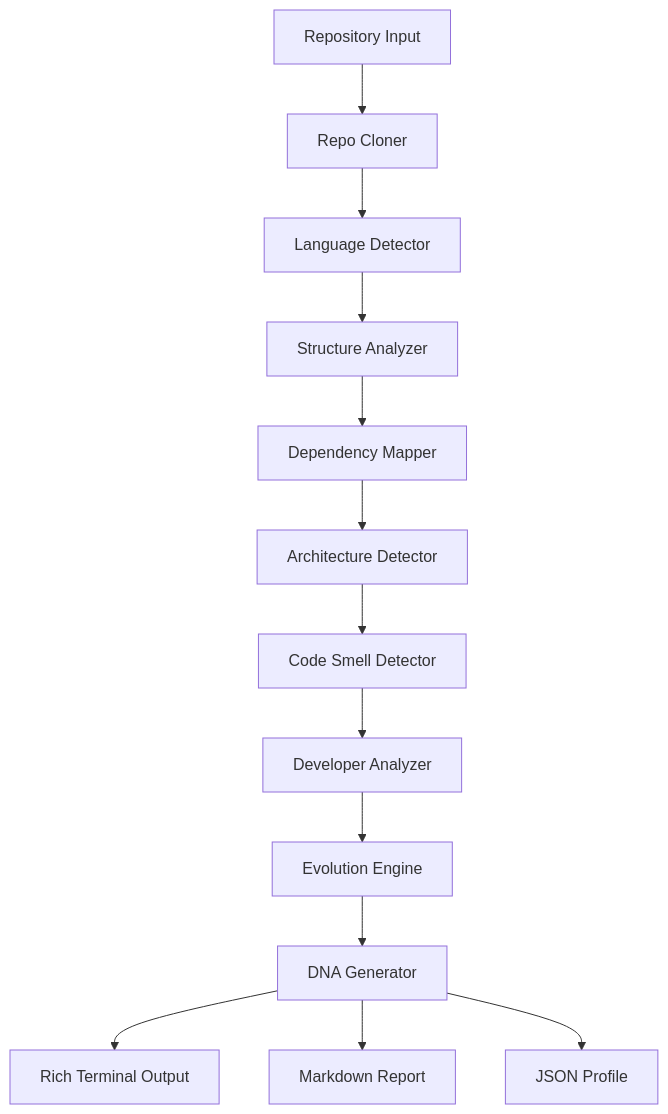
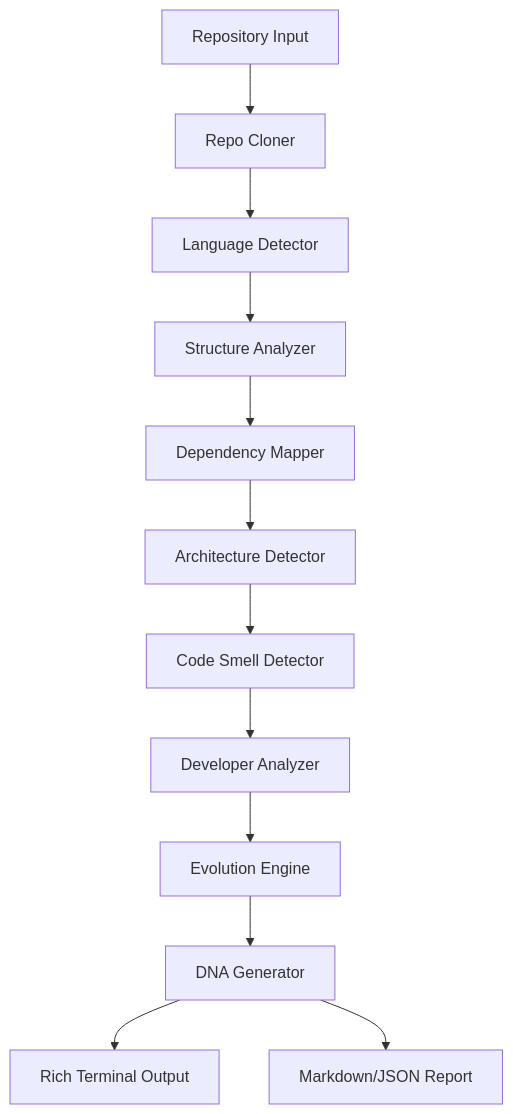
Before and after one commit to shenald-dev/codedna: the diagram in README.md, drawn with Mermaid. The commit also changed other lines of this file, not shown here.

````diff
--- a/README.md
+++ b/README.md
@@ -140,15 +58,14 @@
 ```mermaid
 graph TD
     A[Repository Input] --> B[Repo Cloner]
     B --> C[Language Detector]
     C --> D[Structure Analyzer]
     D --> E[Dependency Mapper]
     E --> F[Architecture Detector]
     F --> G[Code Smell Detector]
     G --> H[Developer Analyzer]
     H --> I[Evolution Engine]
     I --> J[DNA Generator]
     J --> K[Rich Terminal Output]
-    J --> L[Markdown Report]
-    J --> M[JSON Profile]
+    J --> L[Markdown/JSON Report]
 ```
````
